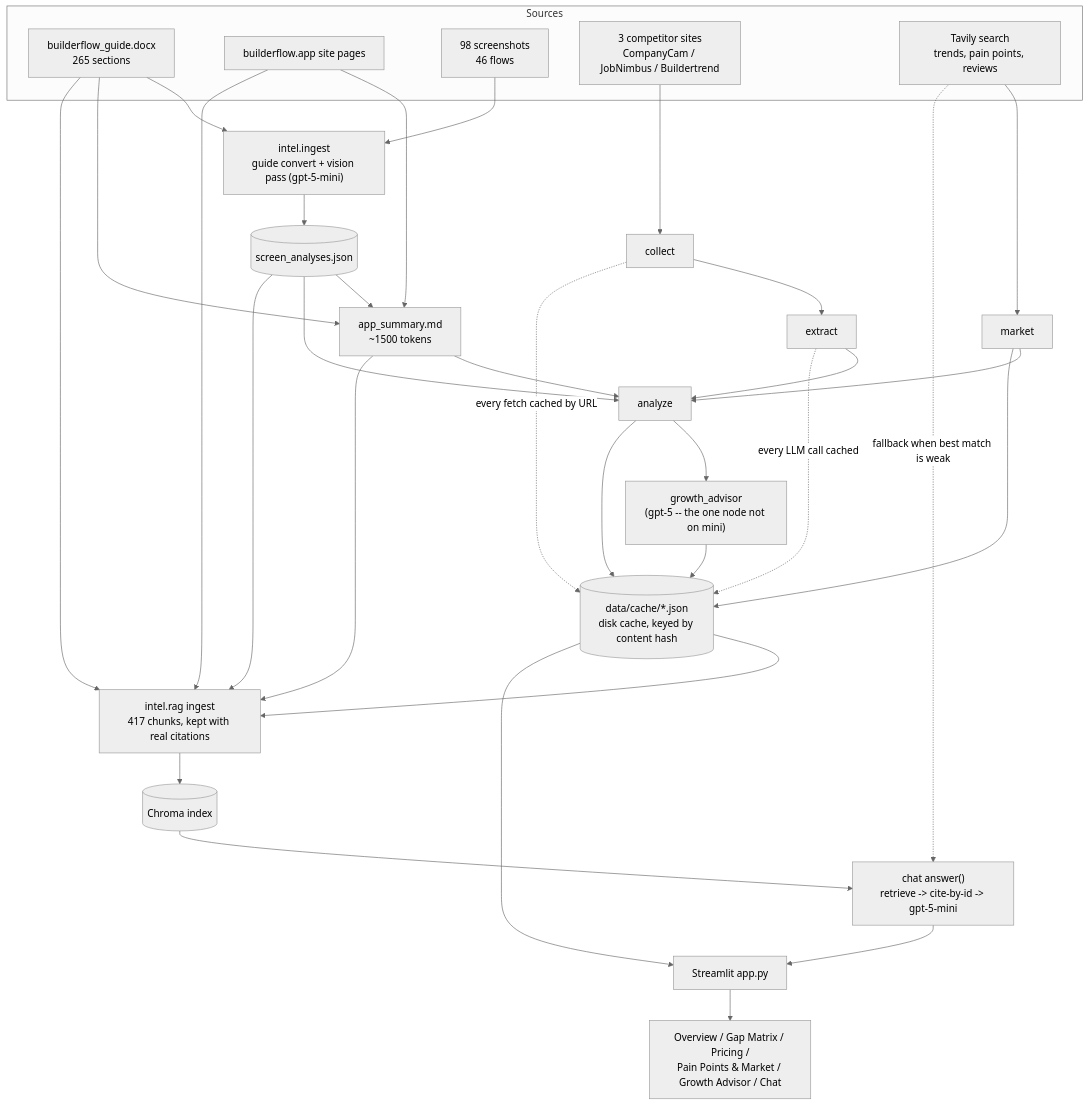
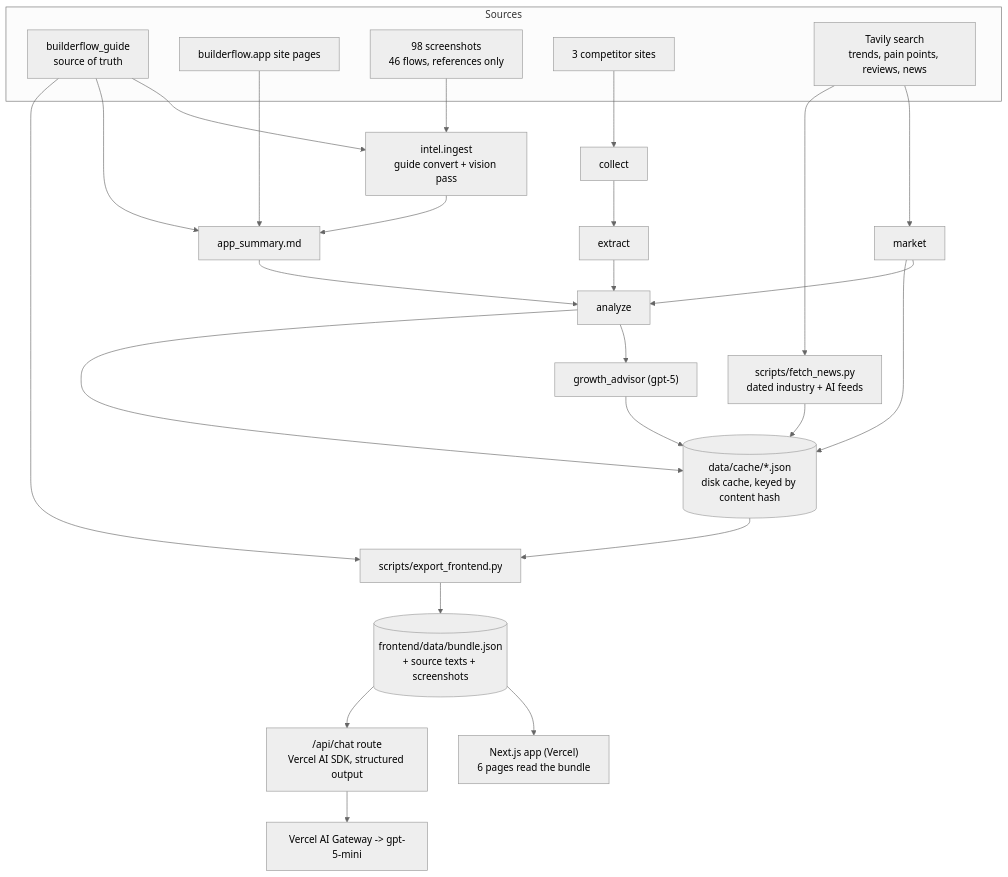
One commit to nikhilSwami11/builderflow-intel changed the diagram in README.md. Above: the diagram before and after it, drawn with Mermaid (neutral theme). The commit also changed other lines of this file and 8 other files, not shown here.

Commit message:
README: live URL, screenshots, new architecture, deploy steps; CLAUDE.md updated

````diff
--- a/README.md
+++ b/README.md
@@ -30,46 +63,36 @@
 ```mermaid
 flowchart TD
     subgraph sources[Sources]
-        GUIDE[builderflow_guide.docx<br/>265 sections]
+        GUIDE[builderflow_guide<br/>source of truth]
         SITE[builderflow.app site pages]
-        SHOTS[98 screenshots<br/>46 flows]
-        COMP[3 competitor sites<br/>CompanyCam / JobNimbus / Buildertrend]
-        TAVILY[Tavily search<br/>trends, pain points, reviews]
+        SHOTS[98 screenshots<br/>46 flows, references only]
+        COMP[3 competitor sites]
+        TAVILY[Tavily search<br/>trends, pain points, reviews, news]
     end
 
-    GUIDE --> INGEST["intel.ingest<br/>guide convert + vision pass (gpt-5-mini)"]
+    GUIDE --> INGEST["intel.ingest<br/>guide convert + vision pass"]
     SHOTS --> INGEST
-    INGEST --> SCREENS[(screen_analyses.json)]
-    SITE --> SUMMARY[app_summary.md<br/>~1500 tokens]
-    SCREENS --> SUMMARY
+    INGEST --> SUMMARY[app_summary.md]
+    SITE --> SUMMARY
     GUIDE --> SUMMARY
 
     COMP --> COLLECT[collect] --> EXTRACT[extract]
     TAVILY --> MARKET[market]
-
     EXTRACT --> ANALYZE[analyze]
     MARKET --> ANALYZE
     SUMMARY --> ANALYZE
-    SCREENS --> ANALYZE
-    ANALYZE --> GROWTH["growth_advisor<br/>(gpt-5 -- the one node not on mini)"]
+    ANALYZE --> GROWTH["growth_advisor (gpt-5)"]
+    TAVILY --> NEWS["scripts/fetch_news.py<br/>dated industry + AI feeds"]
 
     ANALYZE --> CACHE[(data/cache/*.json<br/>disk cache, keyed by content hash)]
     MARKET --> CACHE
     GROWTH --> CACHE
-    COLLECT -.->|every fetch cached by URL| CACHE
-    EXTRACT -.->|every LLM call cached| CACHE
+    NEWS --> CACHE
 
-    CACHE --> RAGINGEST["intel.rag ingest<br/>417 chunks, kept with real citations"]
-    SUMMARY --> RAGINGEST
-    SCREENS --> RAGINGEST
-    GUIDE --> RAGINGEST
-    SITE --> RAGINGEST
-    RAGINGEST --> CHROMA[(Chroma index)]
-
-    CHROMA --> CHAT["chat answer()<br/>retrieve -> cite-by-id -> gpt-5-mini"]
-    TAVILY -.->|fallback when best match is weak| CHAT
-
-    CACHE --> UI[Streamlit app.py]
-    CHAT --> UI
-    UI --> TABS["Overview / Gap Matrix / Pricing /<br/>Pain Points & Market / Growth Advisor / Chat"]
+    CACHE --> EXPORT["scripts/export_frontend.py"]
+    GUIDE --> EXPORT
+    EXPORT --> BUNDLE[(frontend/data/bundle.json<br/>+ source texts + screenshots)]
+    BUNDLE --> NEXT["Next.js app (Vercel)<br/>6 pages read the bundle"]
+    BUNDLE --> CHATAPI["/api/chat route<br/>Vercel AI SDK, structured output"]
+    CHATAPI --> GATEWAY[Vercel AI Gateway -> gpt-5-mini]
 ```
````
